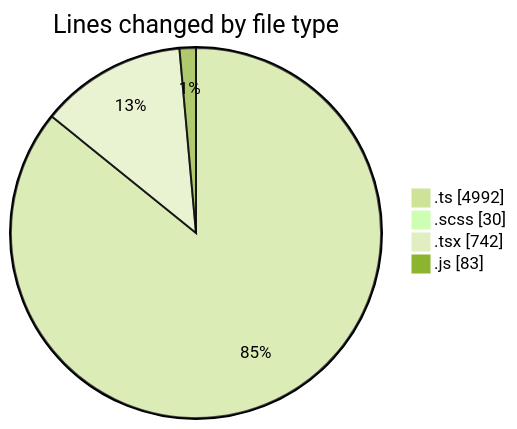
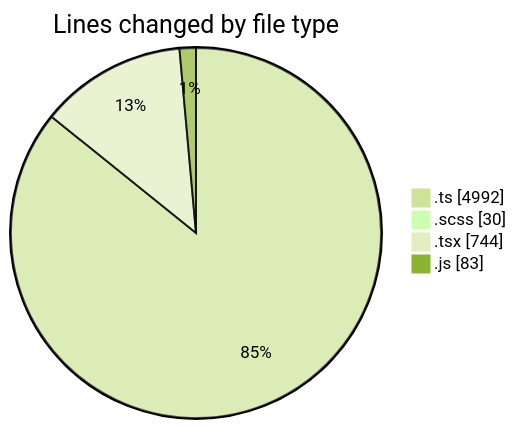
Before and after one commit to momahboobian/code-tracking: the first of 2 diagrams in 2025-09-12/cda/README.md, drawn with Mermaid (forest theme). The commit also changed other lines of this file and 1 other file, not shown here.

````diff
--- a/2025-09-12/cda/README.md
+++ b/2025-09-12/cda/README.md
@@ -30,8 +30,8 @@
 ```mermaid
 pie showData
 title Lines changed by file type
 ".ts" : 4992
 ".scss" : 30
-".tsx" : 742
+".tsx" : 744
 ".js" : 83
 ```
````
